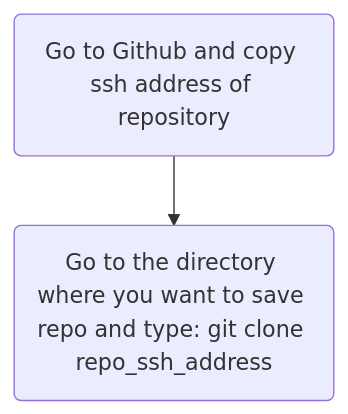
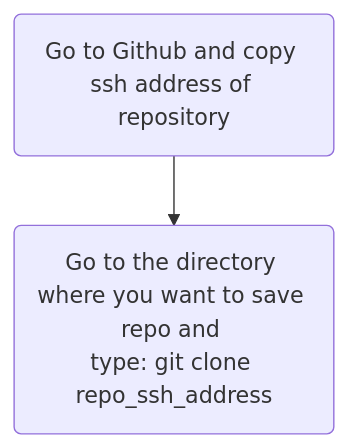
Before and after one commit to Filpill/blog-web: the second of 5 diagrams in content/projects/github.md, drawn with Mermaid. The commit also changed other lines of this file and 6 other files, not shown here.

Commit message:
editted data system post + mermaid diagram added

```diff
--- a/content/projects/github.md
+++ b/content/projects/github.md
@@ -35,4 +35,4 @@
 {{<mermaid>}}
 graph TD;
-    A(Go to Github and copy ssh address of repository)-->B(Go to the directory where you want to save repo and type: git clone repo_ssh_address)
+    A(Go to Github and copy ssh address of repository)-->B(Go to the directory where you want to save repo and <br>type: git clone repo_ssh_address)
 {{< /mermaid >}}
```
